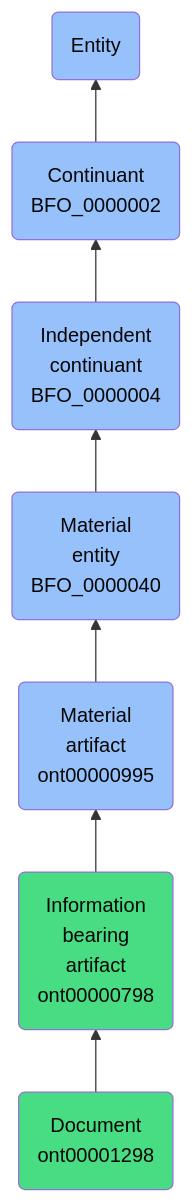
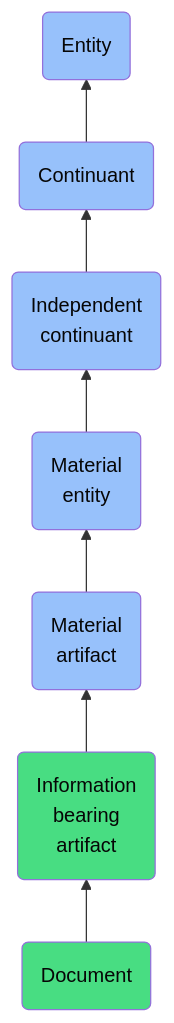
The diagram in docs/ontology/reference/model/Entity/Continuant/Independent continuant/Material entity/Material artifact/Information bearing artifact/Document/Document.md (jupyter-naas/abi), drawn with Mermaid before and after one commit. The commit also changed other lines of this file and 1430 other files, not shown here.

````diff
--- a/docs/ontology/reference/model/Entity/Continuant/Independent continuant/Material entity/Material artifact/Information bearing artifact/Document/Document.md
+++ b/docs/ontology/reference/model/Entity/Continuant/Independent continuant/Material entity/Material artifact/Information bearing artifact/Document/Document.md
@@ -24,14 +24,14 @@
 ```mermaid
 graph BT
-    ont00001298(Document<br>ont00001298):::ABI-->ont00000798
-    ont00000798(Information<br>bearing<br>artifact<br>ont00000798):::ABI-->ont00000995
-    ont00000995(Material<br>artifact<br>ont00000995):::BFO-->BFO_0000040
-    BFO_0000040(Material<br>entity<br>BFO_0000040):::BFO-->BFO_0000004
-    BFO_0000004(Independent<br>continuant<br>BFO_0000004):::BFO-->BFO_0000002
-    BFO_0000002(Continuant<br>BFO_0000002):::BFO-->BFO_0000001
+    ont00001298(Document):::ABI-->ont00000798
+    ont00000798(Information<br>bearing<br>artifact):::ABI-->ont00000995
+    ont00000995(Material<br>artifact):::BFO-->BFO_0000040
+    BFO_0000040(Material<br>entity):::BFO-->BFO_0000004
+    BFO_0000004(Independent<br>continuant):::BFO-->BFO_0000002
+    BFO_0000002(Continuant):::BFO-->BFO_0000001
     BFO_0000001(Entity):::BFO
     
     classDef BFO fill:#97c1fb,color:#060606
     classDef CCO fill:#e4c51e,color:#060606
     classDef ABI fill:#48DD82,color:#060606
 ```
````
